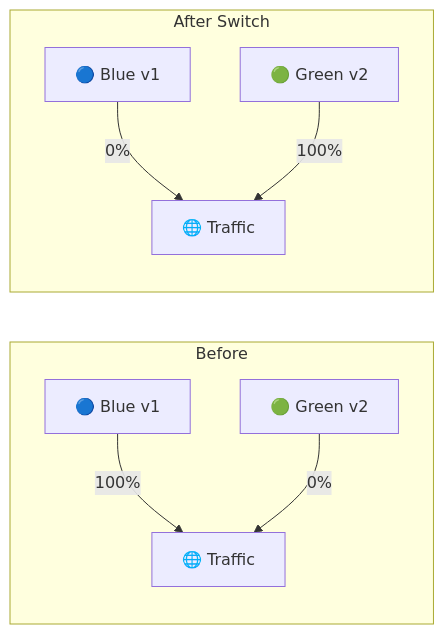
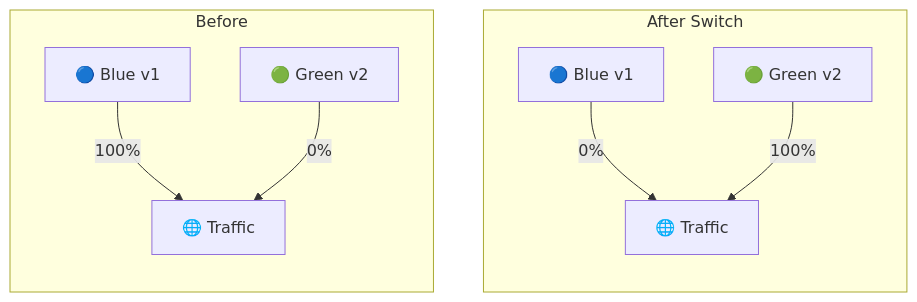
Before and after one commit to inno-devops-labs/DevOps-Core-Course: the sixth of 14 diagrams in lectures/lec14.md, drawn with Mermaid. The commit also changed other lines of this file and 14 other files, not shown here.

First line of the commit message:
Merge pull request #3565 from LocalT0aster/fix-flowcharts

````diff
--- a/lectures/lec14.md
+++ b/lectures/lec14.md
@@ -252,12 +252,13 @@
 ```mermaid
-flowchart LR
+flowchart TD
+  subgraph "After Switch"
+    direction TD
+    D[🔵 Blue v1] --> |0%| F[🌐 Traffic]
+    E[🟢 Green v2] --> |100%| F
+  end
   subgraph Before
+    direction TD
     A[🔵 Blue v1] --> |100%| C[🌐 Traffic]
     B[🟢 Green v2] --> |0%| C
   end
-
-  subgraph After Switch
-    D[🔵 Blue v1] --> |0%| F[🌐 Traffic]
-    E[🟢 Green v2] --> |100%| F
-  end
 ```
````
